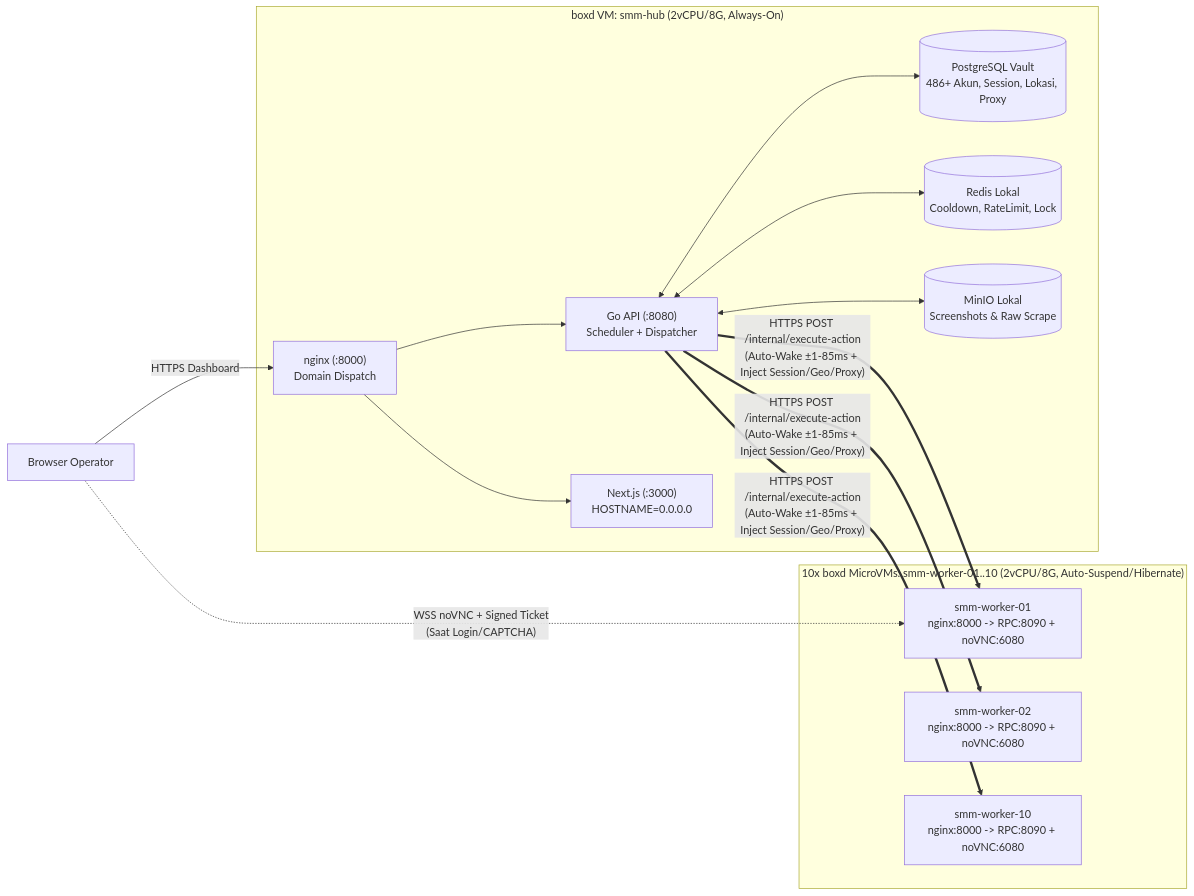
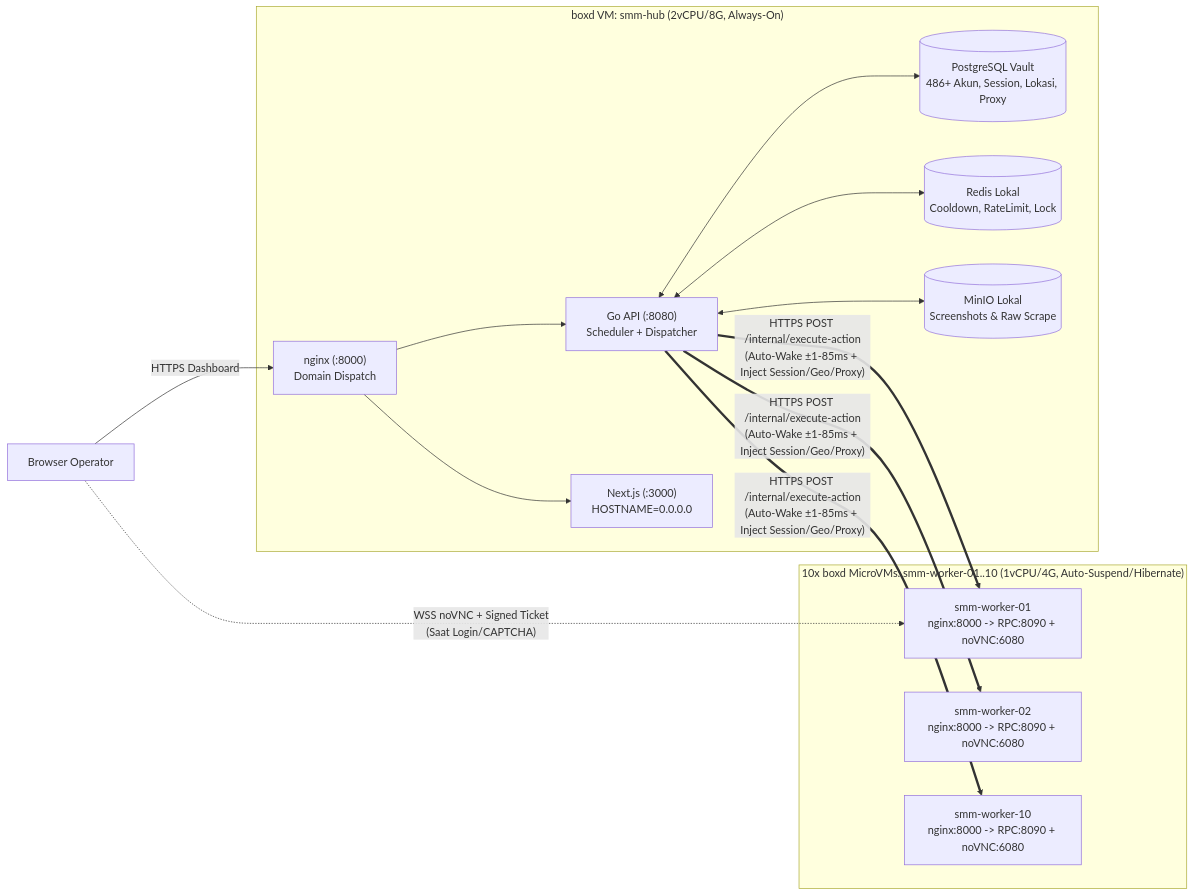
One commit to ahdirmai/jg-smm changed the first of 2 diagrams in docs/stateless-worker-pool/01-RESEARCH-ARCHITECTURE.md. Above: the diagram before and after it, drawn with Mermaid. The commit also changed 6 other files, not shown here.

Commit message:
docs(boxd): downsize workers to 1 vCPU / 4 GiB

````diff
--- a/docs/stateless-worker-pool/01-RESEARCH-ARCHITECTURE.md
+++ b/docs/stateless-worker-pool/01-RESEARCH-ARCHITECTURE.md
@@ -24,24 +24,24 @@
 ```mermaid
 flowchart LR
     subgraph HUB["boxd VM: smm-hub (2vCPU/8G, Always-On)"]
         PG[("PostgreSQL Vault<br/>486+ Akun, Session, Lokasi, Proxy")]
         RD[("Redis Lokal<br/>Cooldown, RateLimit, Lock")]
         MN[("MinIO Lokal<br/>Screenshots & Raw Scrape")]
         API["Go API (:8080)<br/>Scheduler + Dispatcher"]
         WEB["Next.js (:3000)<br/>HOSTNAME=0.0.0.0"]
         NGX_H["nginx (:8000)<br/>Domain Dispatch"]
 
         NGX_H --> WEB & API
         API <--> PG & RD & MN
     end
 
-    subgraph FLEET["10x boxd MicroVMs: smm-worker-01..10 (2vCPU/8G, Auto-Suspend/Hibernate)"]
+    subgraph FLEET["10x boxd MicroVMs: smm-worker-01..10 (1vCPU/4G, Auto-Suspend/Hibernate)"]
         W1["smm-worker-01<br/>nginx:8000 -> RPC:8090 + noVNC:6080"]
         W2["smm-worker-02<br/>nginx:8000 -> RPC:8090 + noVNC:6080"]
         W10["smm-worker-10<br/>nginx:8000 -> RPC:8090 + noVNC:6080"]
     end
 
     OP["Browser Operator"] -->|"HTTPS Dashboard"| NGX_H
     OP -.->|"WSS noVNC + Signed Ticket<br/>(Saat Login/CAPTCHA)"| W1
     API ==>|"HTTPS POST /internal/execute-action<br/>(Auto-Wake ±1-85ms + Inject Session/Geo/Proxy)"| W1 & W2 & W10
 ```
````
